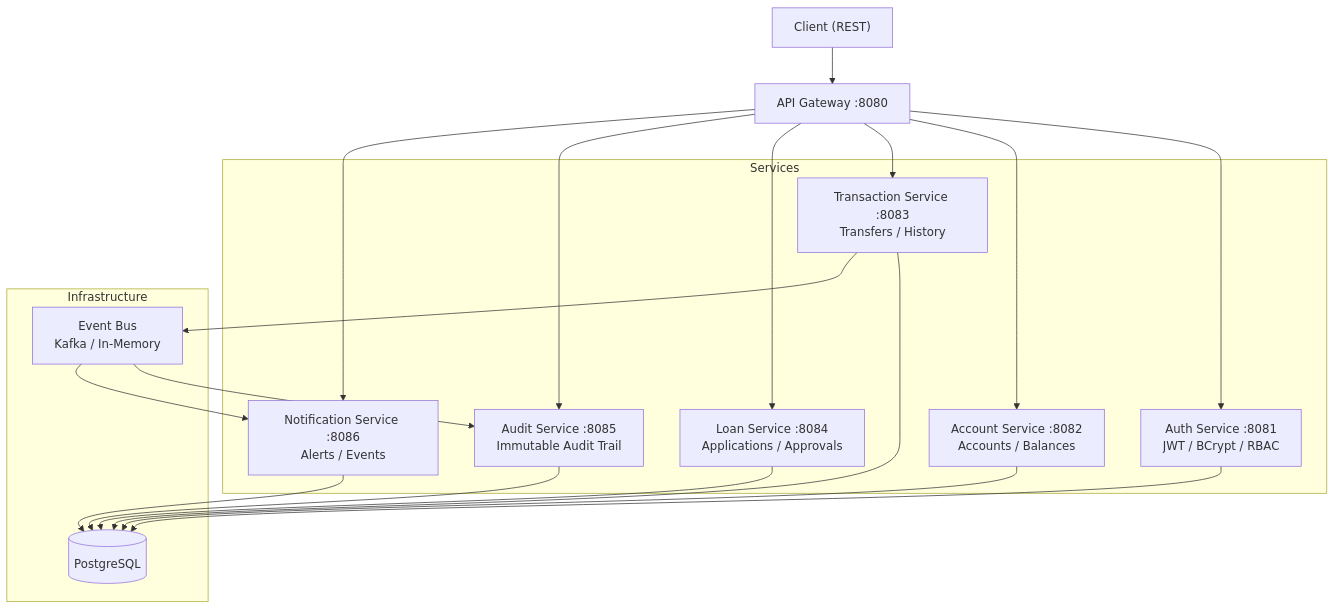
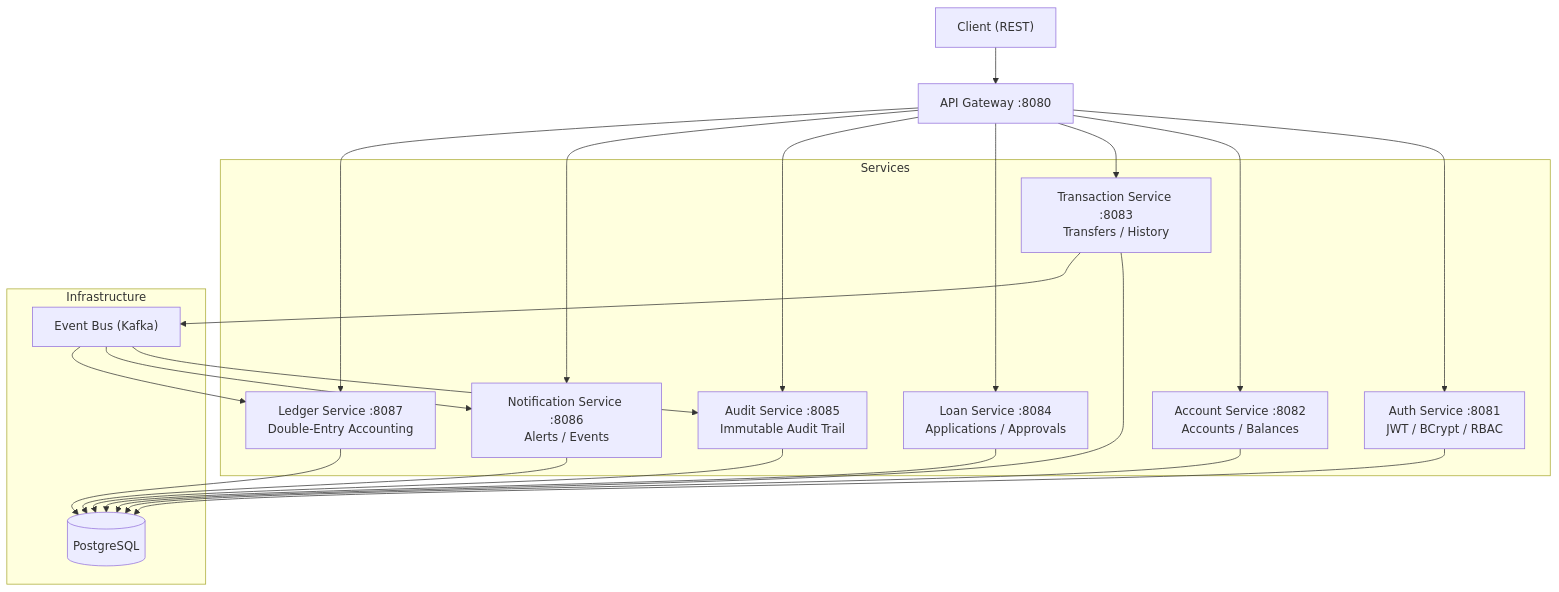
Before and after one commit to Raphasha27/smartbank-enterprise-platform: the diagram in README.md, drawn with Mermaid. The commit also changed other lines of this file and 1 other file, not shown here.

Commit message:
docs: master template applied — interview-ready README + architecture

````diff
--- a/README.md
+++ b/README.md
@@ -9,26 +41,28 @@
 ```mermaid
 graph TB
     Client["Client (REST)"]
     GW["API Gateway :8080"]
     subgraph Services
         AUTH["Auth Service :8081<br/>JWT / BCrypt / RBAC"]
         ACCT["Account Service :8082<br/>Accounts / Balances"]
         TXN["Transaction Service :8083<br/>Transfers / History"]
         LOAN["Loan Service :8084<br/>Applications / Approvals"]
         AUDIT["Audit Service :8085<br/>Immutable Audit Trail"]
         NOTIF["Notification Service :8086<br/>Alerts / Events"]
+        LEDGER["Ledger Service :8087<br/>Double-Entry Accounting"]
     end
     subgraph Infrastructure
         PG[(PostgreSQL)]
-        KAFKA["Event Bus<br/>Kafka / In-Memory"]
+        KAFKA["Event Bus (Kafka)"]
     end
     Client --> GW
-    GW --> AUTH & ACCT & TXN & LOAN & AUDIT & NOTIF
+    GW --> AUTH & ACCT & TXN & LOAN & AUDIT & NOTIF & LEDGER
     AUTH --> PG
     ACCT --> PG
     TXN --> PG & KAFKA
     LOAN --> PG
     AUDIT --> PG
     NOTIF --> PG
-    KAFKA --> AUDIT & NOTIF
+    LEDGER --> PG
+    KAFKA --> AUDIT & NOTIF & LEDGER
 ```
````
